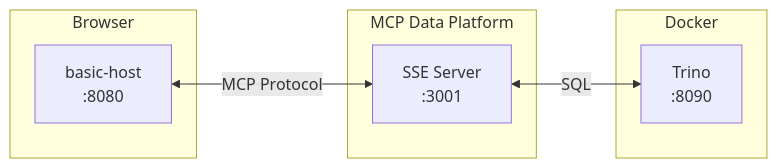
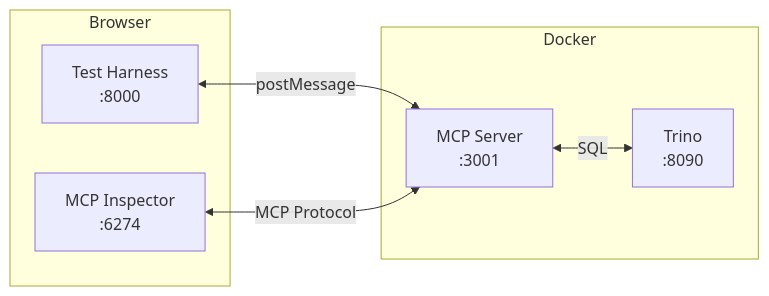
Before and after one commit to txn2/mcp-data-platform: the diagram in docs/mcpapps/development.md, drawn with Mermaid. The commit also changed other lines of this file, not shown here.

First line of the commit message:
Revise MCP Apps Development Guide

````diff
--- a/docs/mcpapps/development.md
+++ b/docs/mcpapps/development.md
@@ -13,17 +172,16 @@
 ```mermaid
 graph LR
     subgraph "Browser"
-        BH[basic-host<br/>:8080]
-    end
-
-    subgraph "MCP Data Platform"
-        MCP[SSE Server<br/>:3001]
+        TH[Test Harness<br/>:8000]
+        MI[MCP Inspector<br/>:6274]
     end
 
     subgraph "Docker"
+        MCP[MCP Server<br/>:3001]
         T[Trino<br/>:8090]
     end
 
-    BH <-->|MCP Protocol| MCP
+    TH <-->|postMessage| MCP
+    MI <-->|MCP Protocol| MCP
     MCP <-->|SQL| T
 ```
````
